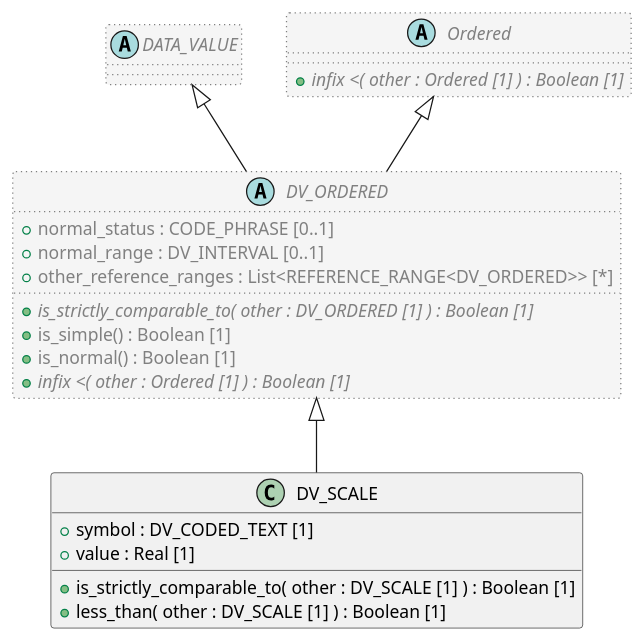
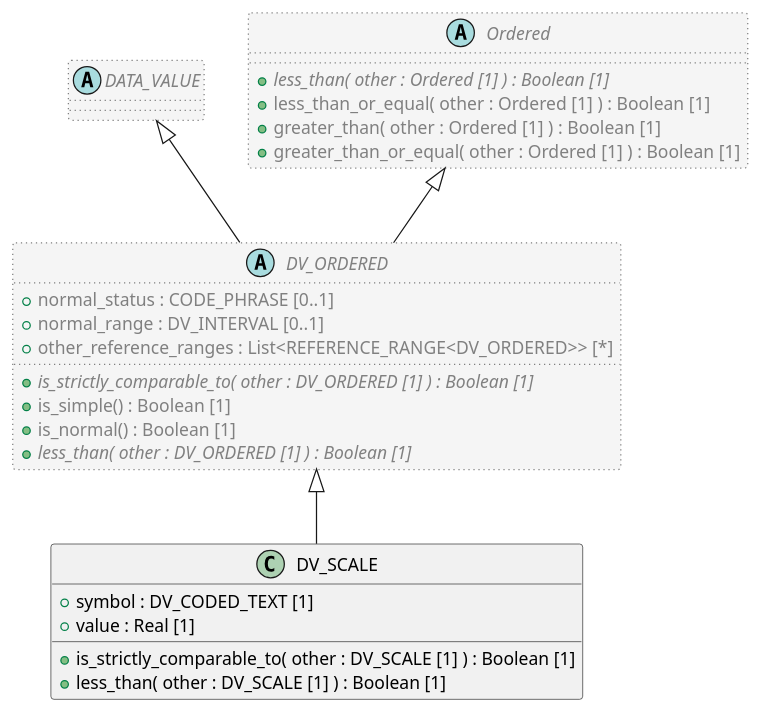
One commit to sebastian-iancu/code-generator changed the diagram in code/Adoc/openehr_rm_1.1.0/plantUML/classes/org.openehr.rm.data_types.dv_scale.adoc. Above: the diagram before and after it, drawn with PlantUML. The commit also changed 719 other files, not shown here.

```diff
--- a/code/Adoc/openehr_rm_1.1.0/plantUML/classes/org.openehr.rm.data_types.dv_scale.adoc
+++ b/code/Adoc/openehr_rm_1.1.0/plantUML/classes/org.openehr.rm.data_types.dv_scale.adoc
@@ -1,37 +1,40 @@
 [plantuml,DV_SCALE,format=svg,svg-type="inline"]
 -----
 @startuml
 
 class DV_SCALE {
   + symbol : DV_CODED_TEXT [1]
   + value : Real [1]
   + is_strictly_comparable_to( other : DV_SCALE [1] ) : Boolean [1]
   + less_than( other : DV_SCALE [1] ) : Boolean [1]
 }
 
 abstract class DV_ORDERED  #whitesmoke;line:gray;line.dotted;text:gray {
   + normal_status : CODE_PHRASE [0..1]
   + normal_range : DV_INTERVAL [0..1]
   + other_reference_ranges : List<REFERENCE_RANGE<DV_ORDERED>> [*]
   + {abstract} is_strictly_comparable_to( other : DV_ORDERED [1] ) : Boolean [1]
   + is_simple() : Boolean [1]
   + is_normal() : Boolean [1]
-  + {abstract} infix <( other : Ordered [1] ) : Boolean [1]
+  + {abstract} less_than( other : DV_ORDERED [1] ) : Boolean [1]
 }
 
 abstract class DATA_VALUE  #whitesmoke;line:gray;line.dotted;text:gray {
 }
 
 DATA_VALUE <|-- DV_ORDERED
 
 abstract class Ordered  #whitesmoke;line:gray;line.dotted;text:gray {
-  + {abstract} infix <( other : Ordered [1] ) : Boolean [1]
+  + {abstract} less_than( other : Ordered [1] ) : Boolean [1]
+  + less_than_or_equal( other : Ordered [1] ) : Boolean [1]
+  + greater_than( other : Ordered [1] ) : Boolean [1]
+  + greater_than_or_equal( other : Ordered [1] ) : Boolean [1]
 }
 
 Ordered <|-- DV_ORDERED
 
 DV_ORDERED <|-- DV_SCALE
 
 
 @enduml
 -----
```
